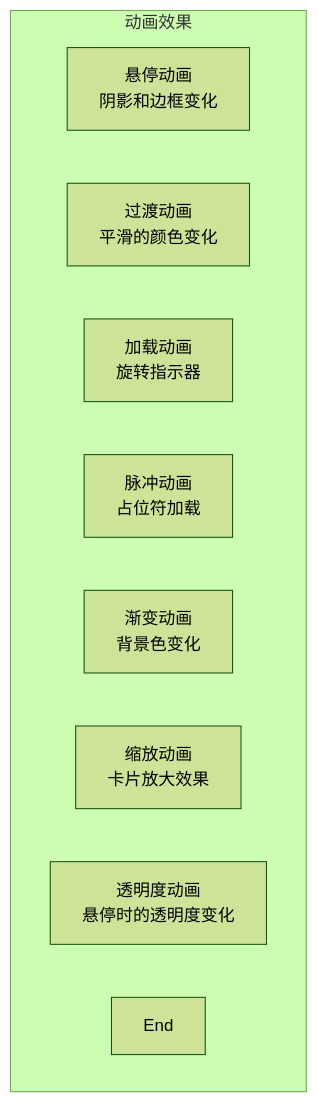
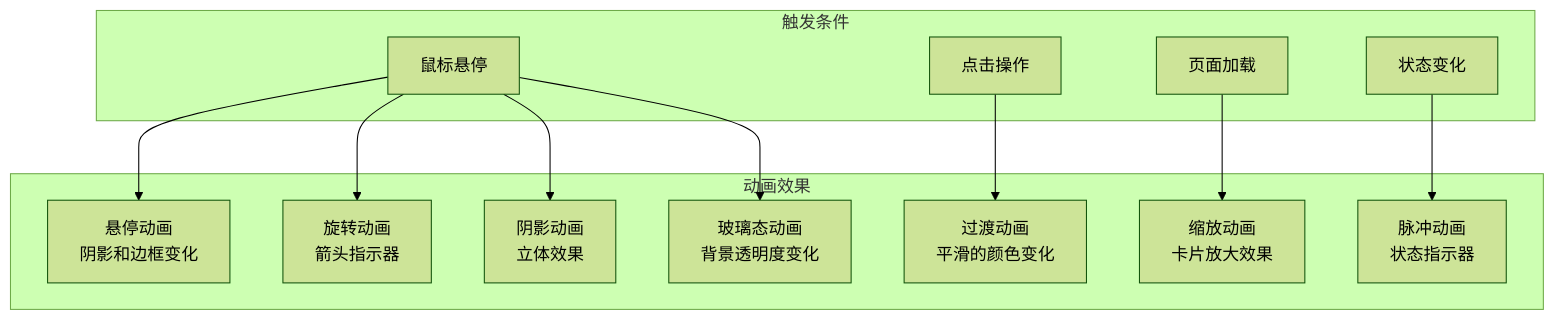
One commit to xianjianshenqu/SalesFlow-CRM changed diagram 24 of 27 in .qoder/repowiki/zh/content/Pre Sales Dashboard.md. Above: the diagram before and after it, drawn with Mermaid (forest theme). The commit also changed other lines of this file and 11 other files, not shown here.

````diff
--- a/.qoder/repowiki/zh/content/Pre Sales Dashboard.md
+++ b/.qoder/repowiki/zh/content/Pre Sales Dashboard.md
@@ -924,13 +954,25 @@
 ```mermaid
 graph TB
 subgraph "动画效果"
-Hover[悬停动画<br/>阴影和边框变化]
-Transition[过渡动画<br/>平滑的颜色变化]
-Spin[加载动画<br/>旋转指示器]
-Pulse[脉冲动画<br/>占位符加载]
-Gradient[渐变动画<br/>背景色变化]
-Scale[缩放动画<br/>卡片放大效果]
-Opacity[透明度动画<br/>悬停时的透明度变化]
-End
+HoverAnimation[悬停动画<br/>阴影和边框变化]
+TransitionAnimation[过渡动画<br/>平滑的颜色变化]
+ScaleAnimation[缩放动画<br/>卡片放大效果]
+PulseAnimation[脉冲动画<br/>状态指示器]
+RotateAnimation[旋转动画<br/>箭头指示器]
+ShadowAnimation[阴影动画<br/>立体效果]
+GlassAnimation[玻璃态动画<br/>背景透明度变化]
 end
+subgraph "触发条件"
+Hover[鼠标悬停]
+Click[点击操作]
+Load[页面加载]
+StatusChange[状态变化]
+end
+Hover --> HoverAnimation
+Click --> TransitionAnimation
+Load --> ScaleAnimation
+StatusChange --> PulseAnimation
+Hover --> RotateAnimation
+Hover --> ShadowAnimation
+Hover --> GlassAnimation
 ```
````
